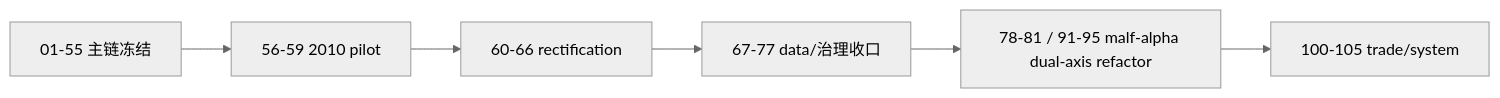
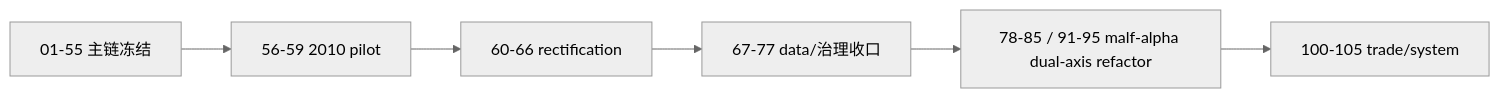
One commit to everything-is-simple/lifespan-0.01 changed the diagram in docs/03-execution/C-system-completion-ledger-20260409.md. Above: the diagram before and after it, drawn with Mermaid (neutral theme). The commit also changed other lines of this file and 27 other files, not shown here.

````diff
--- a/docs/03-execution/C-system-completion-ledger-20260409.md
+++ b/docs/03-execution/C-system-completion-ledger-20260409.md
@@ -28,8 +28,8 @@
 ```mermaid
 flowchart LR
     G01["01-55 主链冻结"] --> G56["56-59 2010 pilot"]
     G56 --> G60["60-66 rectification"]
     G60 --> G67["67-77 data/治理收口"]
-    G67 --> G78["78-81 / 91-95 malf-alpha dual-axis refactor"]
+    G67 --> G78["78-85 / 91-95 malf-alpha dual-axis refactor"]
     G78 --> NEXT["100-105 trade/system"]
 ```
````
